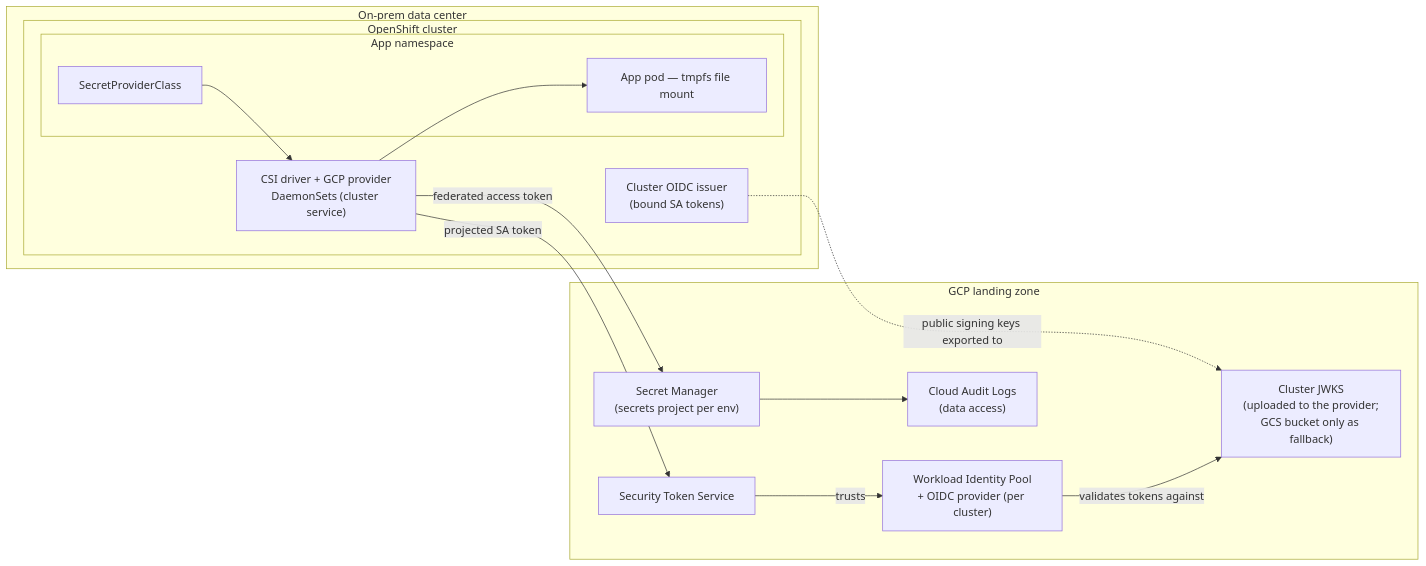
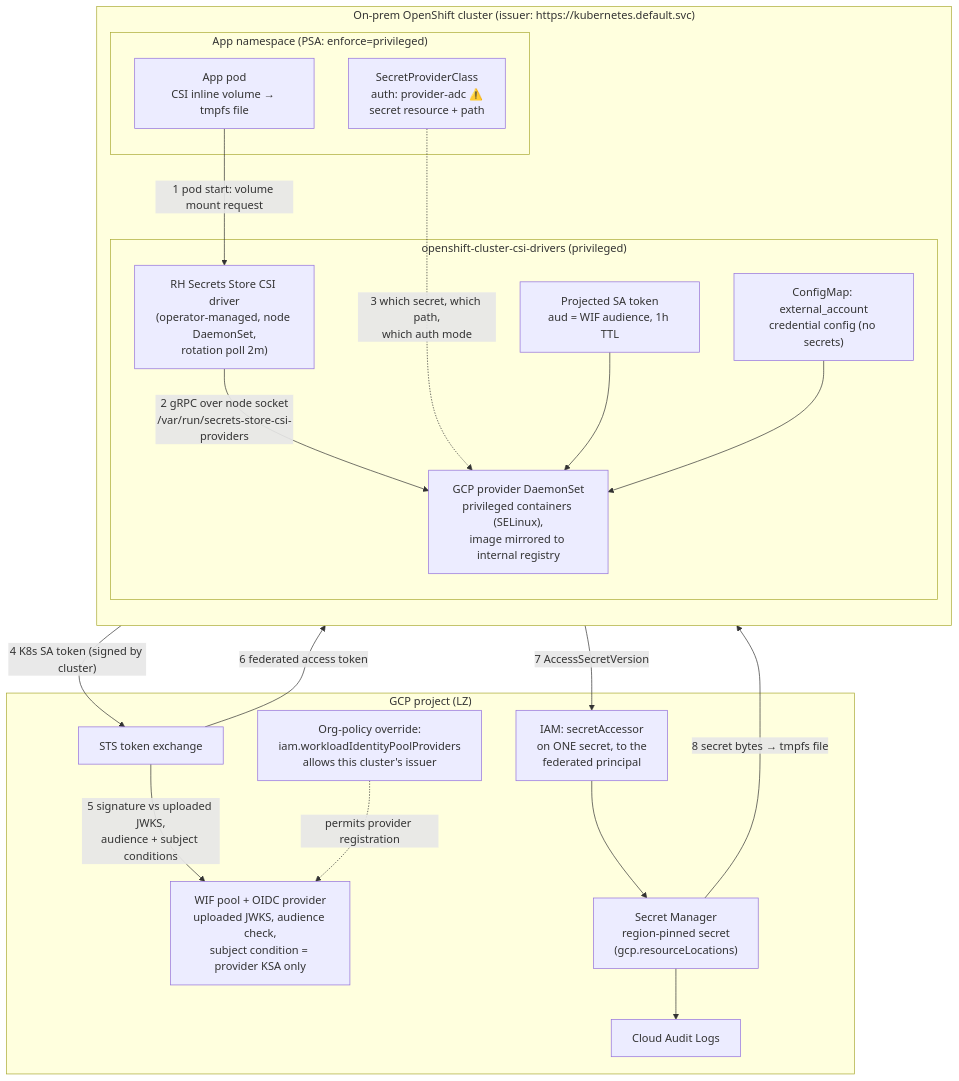
The second of 2 diagrams in docs/openshift-landing-zone-runbook.md (ahadrez/godev), drawn with Mermaid before and after one commit. The commit also changed other lines of this file, not shown here.

Commit message:
docs: two-tier architecture diagrams (high-level flow + validated technical view)

````diff
--- a/docs/openshift-landing-zone-runbook.md
+++ b/docs/openshift-landing-zone-runbook.md
@@ -28,30 +55,39 @@
 ```mermaid
-flowchart LR
-    subgraph onprem["On-prem data center"]
-        subgraph ocp["OpenShift cluster"]
-            OIDC["Cluster OIDC issuer<br/>(bound SA tokens)"]
-            PROV["CSI driver + GCP provider<br/>DaemonSets (cluster service)"]
-            subgraph app["App namespace"]
-                SPC["SecretProviderClass"]
-                POD["App pod — tmpfs file mount"]
-            end
+flowchart TB
+    subgraph onprem["On-prem OpenShift cluster (issuer: https://kubernetes.default.svc)"]
+        direction TB
+        subgraph sysns["openshift-cluster-csi-drivers (privileged)"]
+            DRV["RH Secrets Store CSI driver<br/>(operator-managed, node DaemonSet,<br/>rotation poll 2m)"]
+            PROV["GCP provider DaemonSet<br/>privileged containers (SELinux),<br/>image mirrored to internal registry"]
+            TOK["Projected SA token<br/>aud = WIF audience, 1h TTL"]
+            CFG["ConfigMap: external_account<br/>credential config (no secrets)"]
+        end
+        subgraph appns["App namespace (PSA: enforce=privileged)"]
+            SPC["SecretProviderClass<br/>auth: provider-adc ⚠️<br/>secret resource + path"]
+            POD["App pod<br/>CSI inline volume → tmpfs file"]
         end
     end
 
-    subgraph gcp["GCP landing zone"]
-        BKT["Cluster JWKS<br/>(uploaded to the provider;<br/>GCS bucket only as fallback)"]
-        WIF["Workload Identity Pool<br/>+ OIDC provider (per cluster)"]
-        STS["Security Token Service"]
-        SM["Secret Manager<br/>(secrets project per env)"]
-        LOG["Cloud Audit Logs<br/>(data access)"]
+    subgraph gcp["GCP project (LZ)"]
+        ORG["Org-policy override:<br/>iam.workloadIdentityPoolProviders<br/>allows this cluster's issuer"]
+        WIF["WIF pool + OIDC provider<br/>uploaded JWKS, audience check,<br/>subject condition = provider KSA only"]
+        STS["STS token exchange"]
+        IAM["IAM: secretAccessor<br/>on ONE secret, to the<br/>federated principal"]
+        SM["Secret Manager<br/>region-pinned secret<br/>(gcp.resourceLocations)"]
+        LOG["Cloud Audit Logs"]
     end
 
-    OIDC -. "public signing keys exported to" .-> BKT
-    WIF -- "validates tokens against" --> BKT
-    PROV -- "projected SA token" --> STS
-    STS -- "trusts" --> WIF
-    PROV -- "federated access token" --> SM
+    POD -- "1 pod start: volume mount request" --> DRV
+    DRV -- "2 gRPC over node socket<br/>/var/run/secrets-store-csi-providers" --> PROV
+    SPC -. "3 which secret, which path,<br/>which auth mode" .-> PROV
+    TOK --> PROV
+    CFG --> PROV
+    PROV -- "4 K8s SA token (signed by cluster)" --> STS
+    STS -- "5 signature vs uploaded JWKS,<br/>audience + subject conditions" --> WIF
+    ORG -. "permits provider registration" .-> WIF
+    STS -- "6 federated access token" --> PROV
+    PROV -- "7 AccessSecretVersion" --> IAM
+    IAM --> SM
+    SM -- "8 secret bytes → tmpfs file" --> POD
     SM --> LOG
-    SPC --> PROV
-    PROV --> POD
 ```
````
